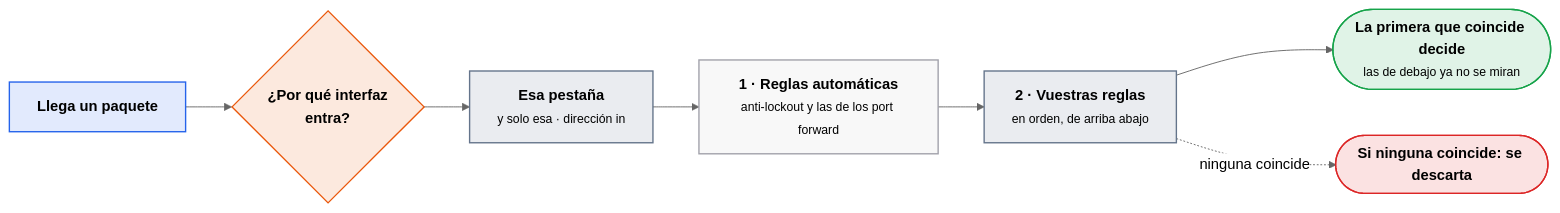
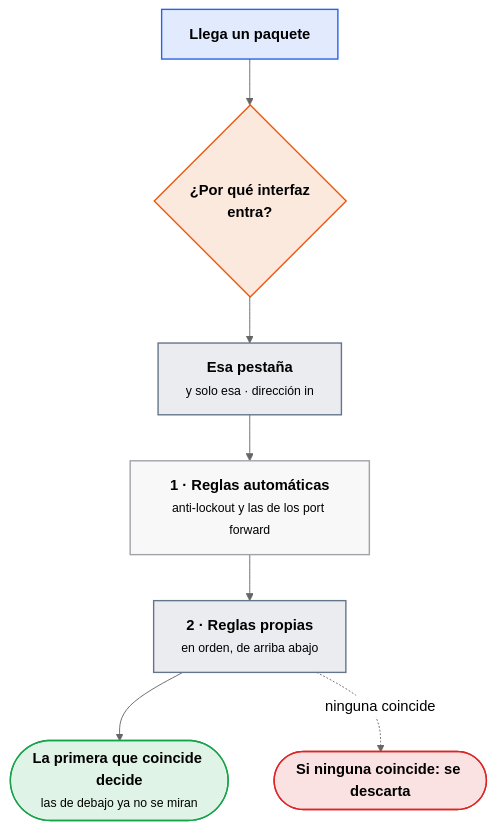
One commit to victor-educ/apuntes-5166 changed the third of 5 diagrams in docs/ut/ut3-seguridad-por-capas.md. Above: the diagram before and after it, drawn with Mermaid (neutral theme). The commit also changed other lines of this file and 15 other files, not shown here.

````diff
--- a/docs/ut/ut3-seguridad-por-capas.md
+++ b/docs/ut/ut3-seguridad-por-capas.md
@@ -398,18 +317,18 @@
 ```mermaid
-flowchart LR
+flowchart TB
     P["<b>Llega un paquete</b>"]:::dato
     I{"<b>¿Por qué interfaz<br>entra?</b>"}:::act
     PEST["<b>Esa pestaña</b><br><small>y solo esa · dirección in</small>"]:::pieza
     AUT["<b>1 · Reglas automáticas</b><br><small>anti-lockout y las de los port forward</small>"]:::infra
-    MIAS["<b>2 · Vuestras reglas</b><br><small>en orden, de arriba abajo</small>"]:::pieza
+    MIAS["<b>2 · Reglas propias</b><br><small>en orden, de arriba abajo</small>"]:::pieza
     PRIM(["<b>La primera que coincide decide</b><br><small>las de debajo ya no se miran</small>"]):::ok
     DENY(["<b>Si ninguna coincide: se descarta</b>"]):::riesgo
     P --> I --> PEST --> AUT --> MIAS --> PRIM
     MIAS -. "ninguna coincide" .-> DENY
     classDef act fill:#ea580c22,stroke:#ea580c,stroke-width:1.5px
     classDef pieza fill:#64748b22,stroke:#64748b,stroke-width:1.5px
     classDef dato fill:#2563eb22,stroke:#2563eb,stroke-width:1.5px
     classDef infra fill:#a1a1aa14,stroke:#a1a1aa,stroke-width:1.5px
     classDef ok fill:#16a34a22,stroke:#16a34a,stroke-width:1.5px
     classDef riesgo fill:#dc262622,stroke:#dc2626,stroke-width:1.5px
 ```
````
